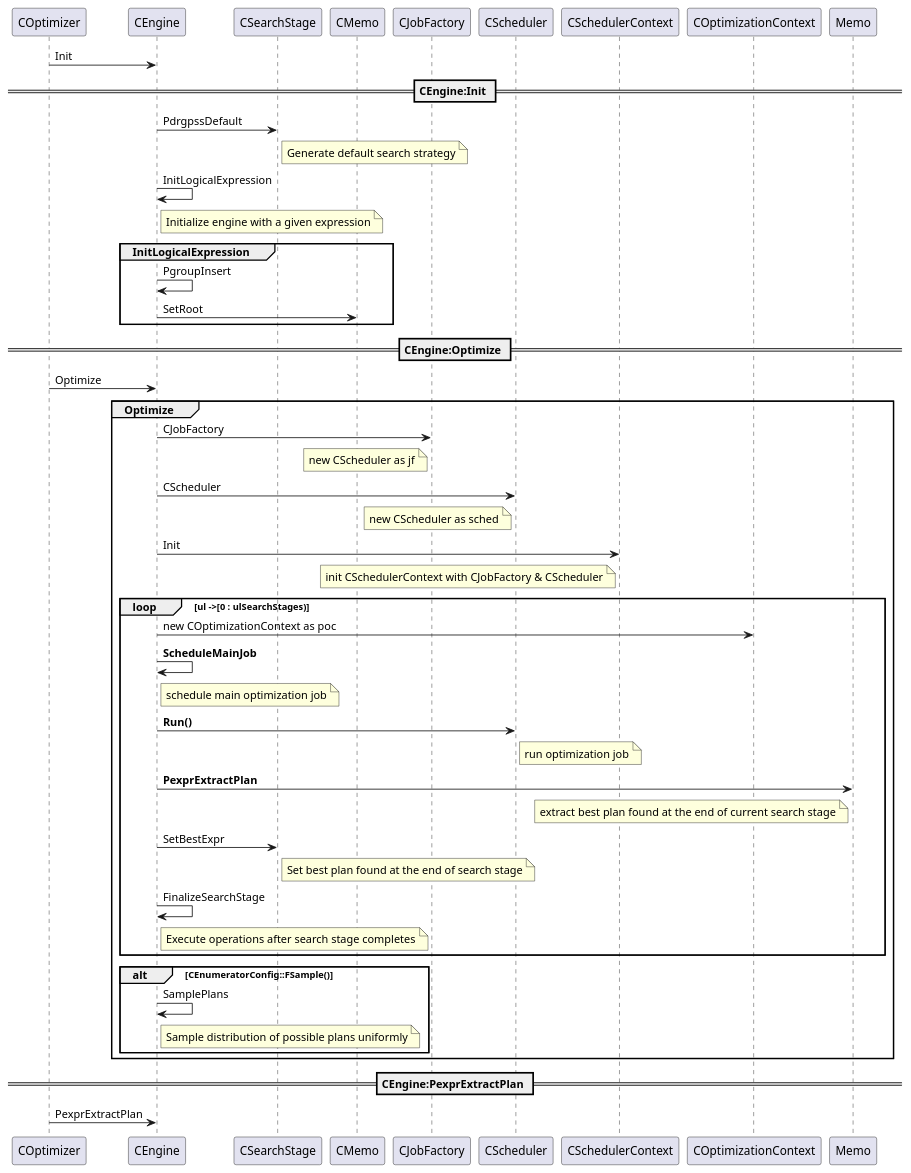
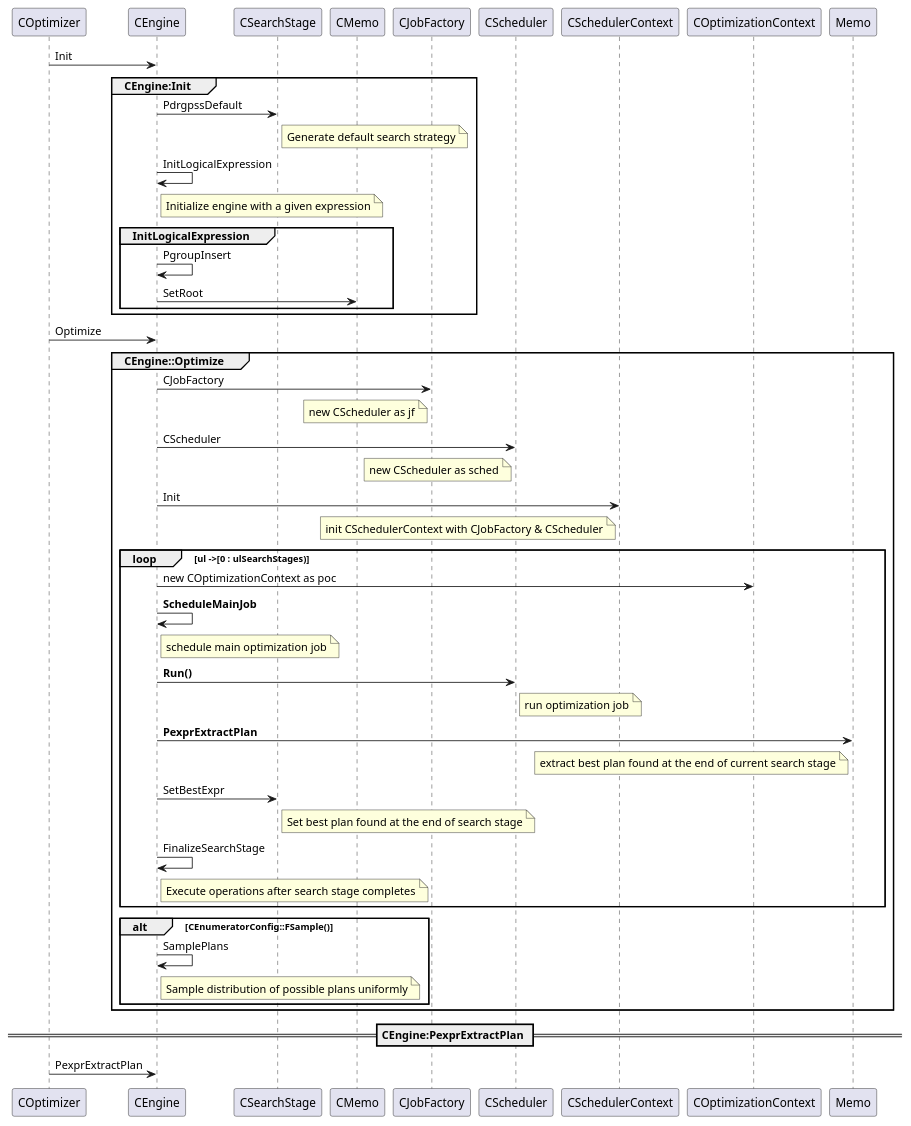
One commit to DepInjoy/geektime changed the second of 9 diagrams in doc/DB/ORCA/MainProcessFlow.md. Above: the diagram before and after it, drawn with PlantUML. The commit also changed other lines of this file and 1 other file, not shown here.

Commit message:
Job启动和流转流程

````diff
--- a/doc/DB/ORCA/MainProcessFlow.md
+++ b/doc/DB/ORCA/MainProcessFlow.md
@@ -133,46 +132,47 @@
 ```plantuml
 @startuml
 COptimizer -> CEngine:Init
-== CEngine:Init ==
+group CEngine:Init
 CEngine -> CSearchStage:PdrgpssDefault
 note right of CSearchStage : Generate default search strategy
 CEngine -> CEngine:InitLogicalExpression
 note right of CEngine : Initialize engine with a given expression
 group InitLogicalExpression
 CEngine -> CEngine:PgroupInsert
 CEngine -> CMemo:SetRoot
 end
-== CEngine:Optimize ==
+end
+
 COptimizer -> CEngine:Optimize
-group Optimize
+group CEngine::Optimize
 	CEngine -> CJobFactory:CJobFactory
 	note left of CJobFactory: new CScheduler as jf
 	CEngine -> CScheduler: CScheduler
 	note left of CScheduler: new CScheduler as sched
 	CEngine -> CSchedulerContext:Init
 	note left of CSchedulerContext : init CSchedulerContext with CJobFactory & CScheduler
 	loop ul ->[0 : ulSearchStages)
 		CEngine -> COptimizationContext : new COptimizationContext as poc
 		CEngine -> CEngine: **ScheduleMainJob**
 		note right of CEngine: schedule main optimization job
 
 		
 		CEngine -> CScheduler:**Run()**
 		note right of CScheduler : run optimization job
 		CEngine ->Memo:**PexprExtractPlan**
 		note left of Memo: extract best plan found at the end of current search stage
 		CEngine -> CSearchStage:SetBestExpr
 		note right of CSearchStage : Set best plan found at the end of search stage
 		CEngine -> CEngine:FinalizeSearchStage
 		note right of CEngine : Execute operations after search stage completes
 	end
 	alt CEnumeratorConfig::FSample()
 		CEngine -> CEngine:SamplePlans
 		note right of CEngine : Sample distribution of possible plans uniformly
 	end
 end
 == CEngine:PexprExtractPlan ==
 
 COptimizer -> CEngine:PexprExtractPlan
 @enduml
 ```
````
